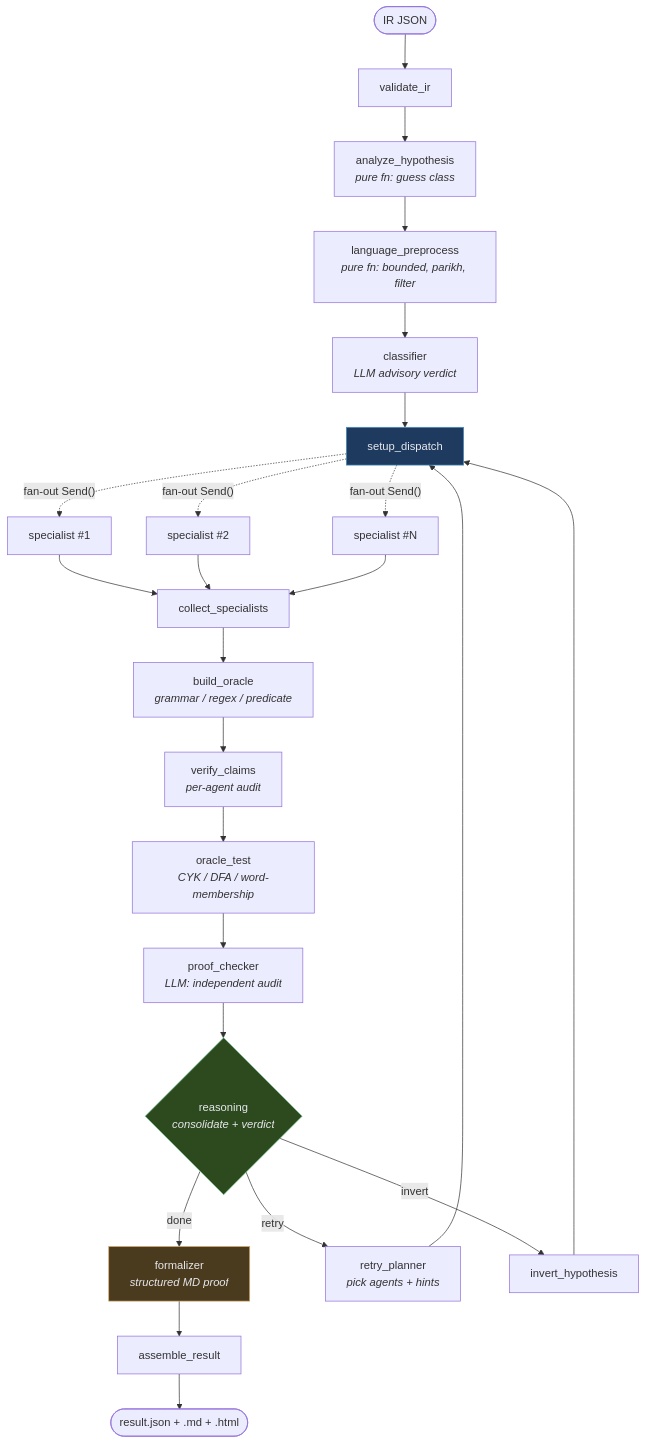
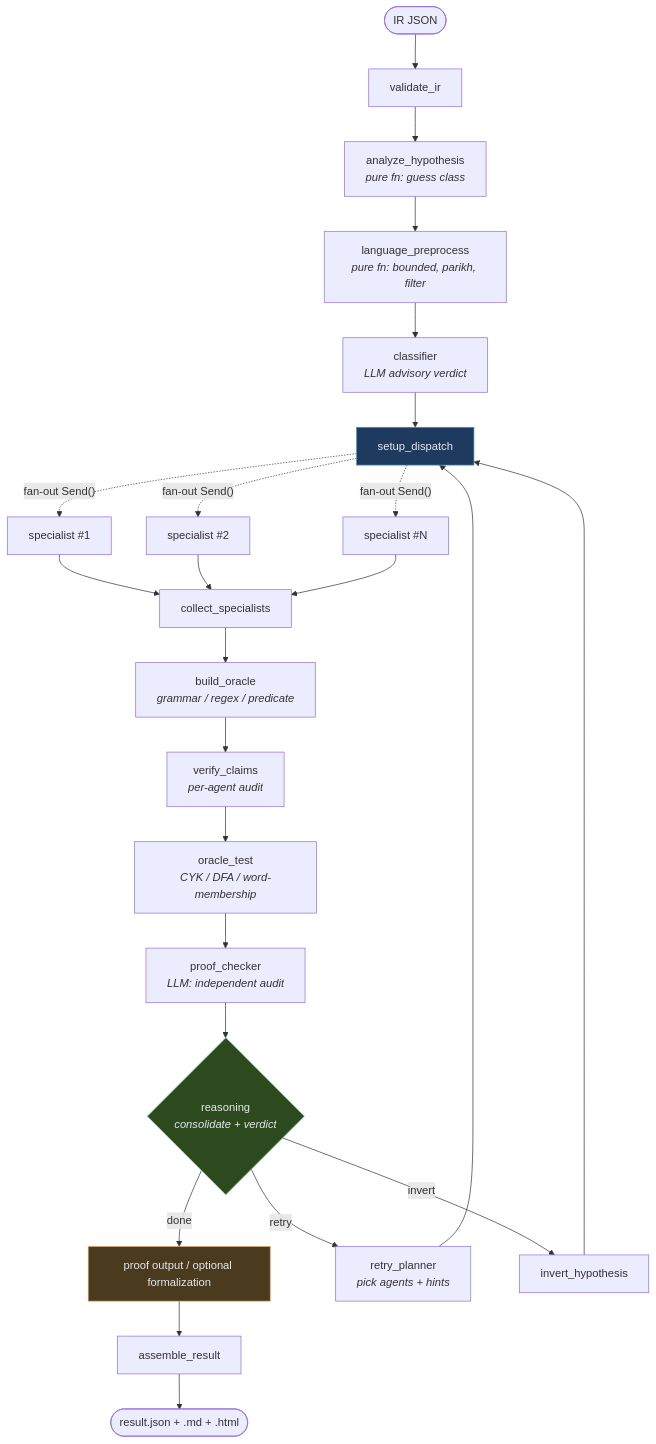
The first of 5 diagrams in README.md (ark2016/TFL-automatisation), drawn with Mermaid before and after one commit. The commit also changed other lines of this file and 47 other files, not shown here.

````diff
--- a/README.md
+++ b/README.md
@@ -81,36 +86,36 @@
 ```mermaid
 flowchart TD
     IR([IR JSON]) --> V[validate_ir]
     V --> H[analyze_hypothesis<br/><i>pure fn: guess class</i>]
     H --> LP[language_preprocess<br/><i>pure fn: bounded, parikh, filter</i>]
     LP --> CL[classifier<br/><i>LLM advisory verdict</i>]
     CL --> D[setup_dispatch]
 
     D -.fan-out Send().-> S1[specialist #1]
     D -.fan-out Send().-> S2[specialist #2]
     D -.fan-out Send().-> SN[specialist #N]
 
     S1 --> CS[collect_specialists]
     S2 --> CS
     SN --> CS
 
     CS --> BO[build_oracle<br/><i>grammar / regex / predicate</i>]
     BO --> VC[verify_claims<br/><i>per-agent audit</i>]
     VC --> OT[oracle_test<br/><i>CYK / DFA / word-membership</i>]
     OT --> PC[proof_checker<br/><i>LLM: independent audit</i>]
     PC --> R{reasoning<br/><i>consolidate + verdict</i>}
 
-    R -->|done| F[formalizer<br/><i>structured MD proof</i>]
+    R -->|done| F[proof output / optional formalization]
     R -->|retry| RP[retry_planner<br/><i>pick agents + hints</i>]
     R -->|invert| INV[invert_hypothesis]
 
     RP --> D
     INV --> D
 
     F --> AR[assemble_result]
     AR --> END([result.json + .md + .html])
 
     style D fill:#1e3a5f,stroke:#4a90c0,color:#e6e8ec
     style R fill:#2d4a1e,stroke:#7acb9d,color:#e6e8ec
     style F fill:#4a3a1e,stroke:#d4a86a,color:#e6e8ec
 ```
````
